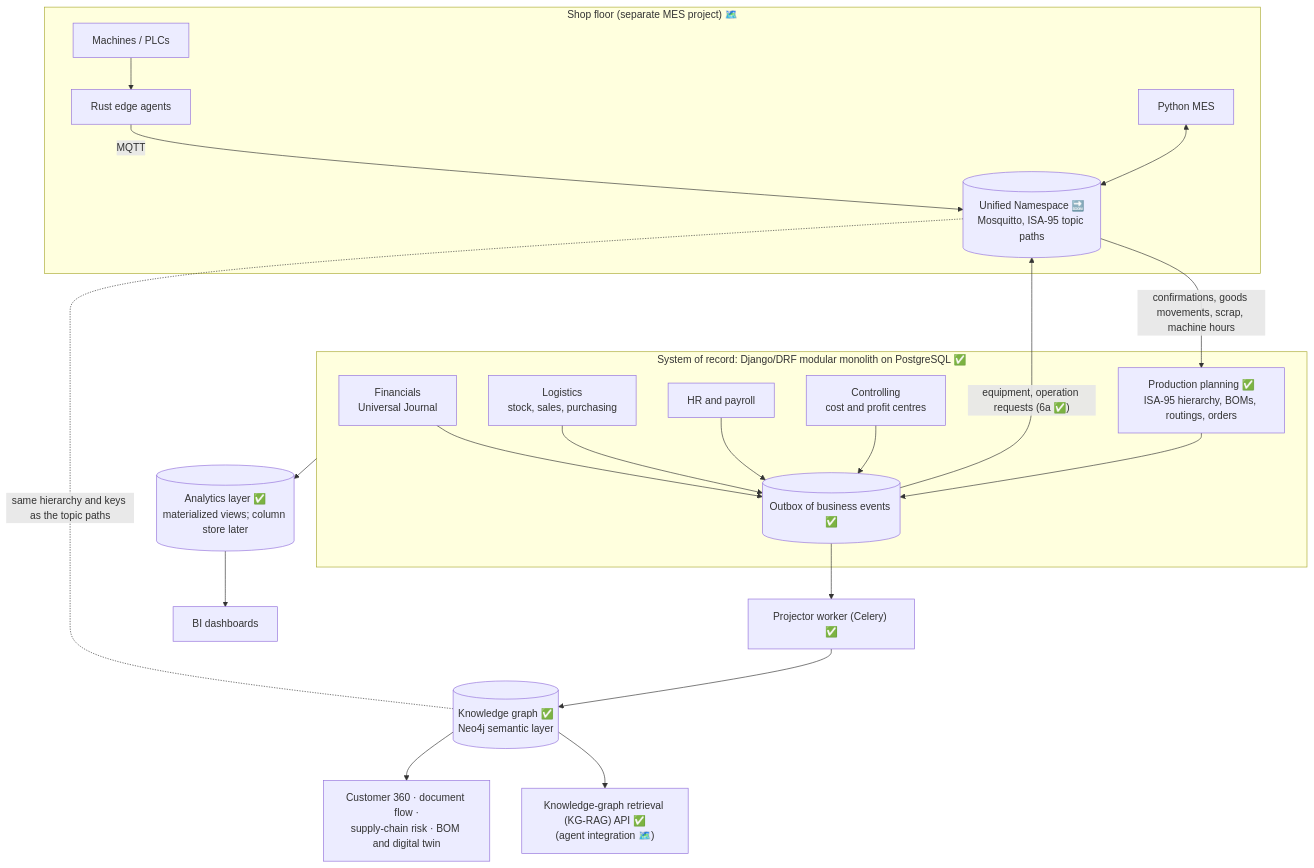
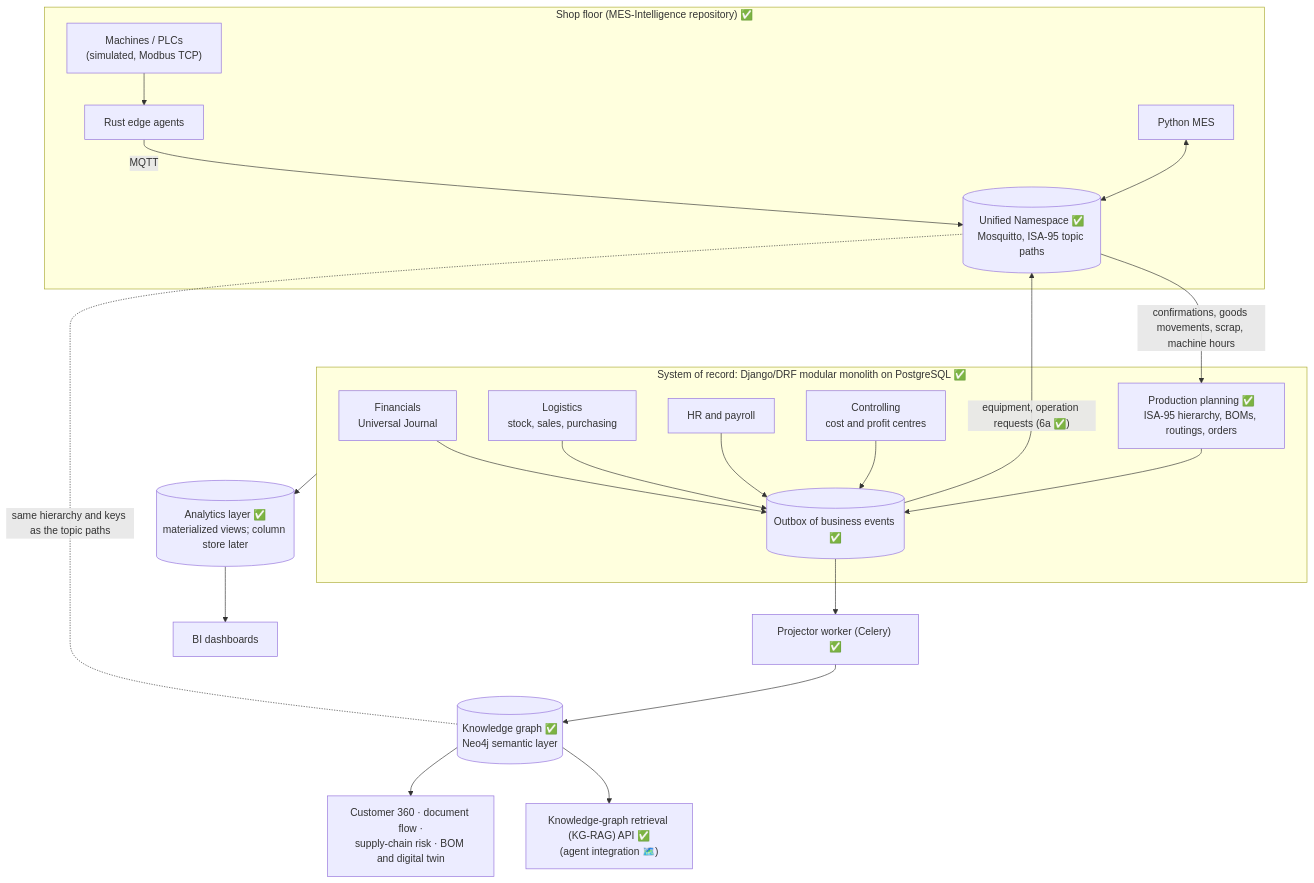
One commit to mokwenaanthony-dev/ERP-Intelligence changed the diagram in docs/ARCHITECTURE.md. Above: the diagram before and after it, drawn with Mermaid. The commit also changed other lines of this file and 1 other file, not shown here.

Commit message:
Docs: MES-Intelligence v0.2.0 (Rust edge agent) done; 6d next

````diff
--- a/docs/ARCHITECTURE.md
+++ b/docs/ARCHITECTURE.md
@@ -13,30 +13,30 @@
 ```mermaid
 flowchart TB
-    subgraph Floor["Shop floor (separate MES project) 🗺️"]
-        PLC["Machines / PLCs"] --> EDGE["Rust edge agents"]
-        EDGE -- "MQTT" --> UNS[("Unified Namespace 🔜<br/>Mosquitto, ISA-95 topic paths")]
+    subgraph Floor["Shop floor (MES-Intelligence repository) ✅"]
+        PLC["Machines / PLCs<br/>(simulated, Modbus TCP)"] --> EDGE["Rust edge agents"]
+        EDGE -- "MQTT" --> UNS[("Unified Namespace ✅<br/>Mosquitto, ISA-95 topic paths")]
         MES["Python MES"] <--> UNS
     end
 
     subgraph Core["System of record: Django/DRF modular monolith on PostgreSQL ✅"]
         FI["Financials<br/>Universal Journal"]
         LO["Logistics<br/>stock, sales, purchasing"]
         HR["HR and payroll"]
         CO["Controlling<br/>cost and profit centres"]
         PP["Production planning ✅<br/>ISA-95 hierarchy, BOMs, routings, orders"]
         OUT[("Outbox of business events ✅")]
         FI & LO & HR & CO & PP --> OUT
     end
 
     UNS -- "confirmations, goods movements, scrap, machine hours" --> PP
     OUT -- "equipment, operation requests (6a ✅)" --> UNS
     KG -. "same hierarchy and keys as the topic paths" .- UNS
 
     OUT --> PROJ["Projector worker (Celery) ✅"]
     PROJ --> KG[("Knowledge graph ✅<br/>Neo4j semantic layer")]
     Core --> AN[("Analytics layer ✅<br/>materialized views; column store later")]
 
     KG --> RAG["Knowledge-graph retrieval (KG-RAG) API ✅<br/>(agent integration 🗺️)"]
     KG --> APPS["Customer 360 · document flow ·<br/>supply-chain risk · BOM and digital twin"]
     AN --> BI["BI dashboards"]
 ```
````
